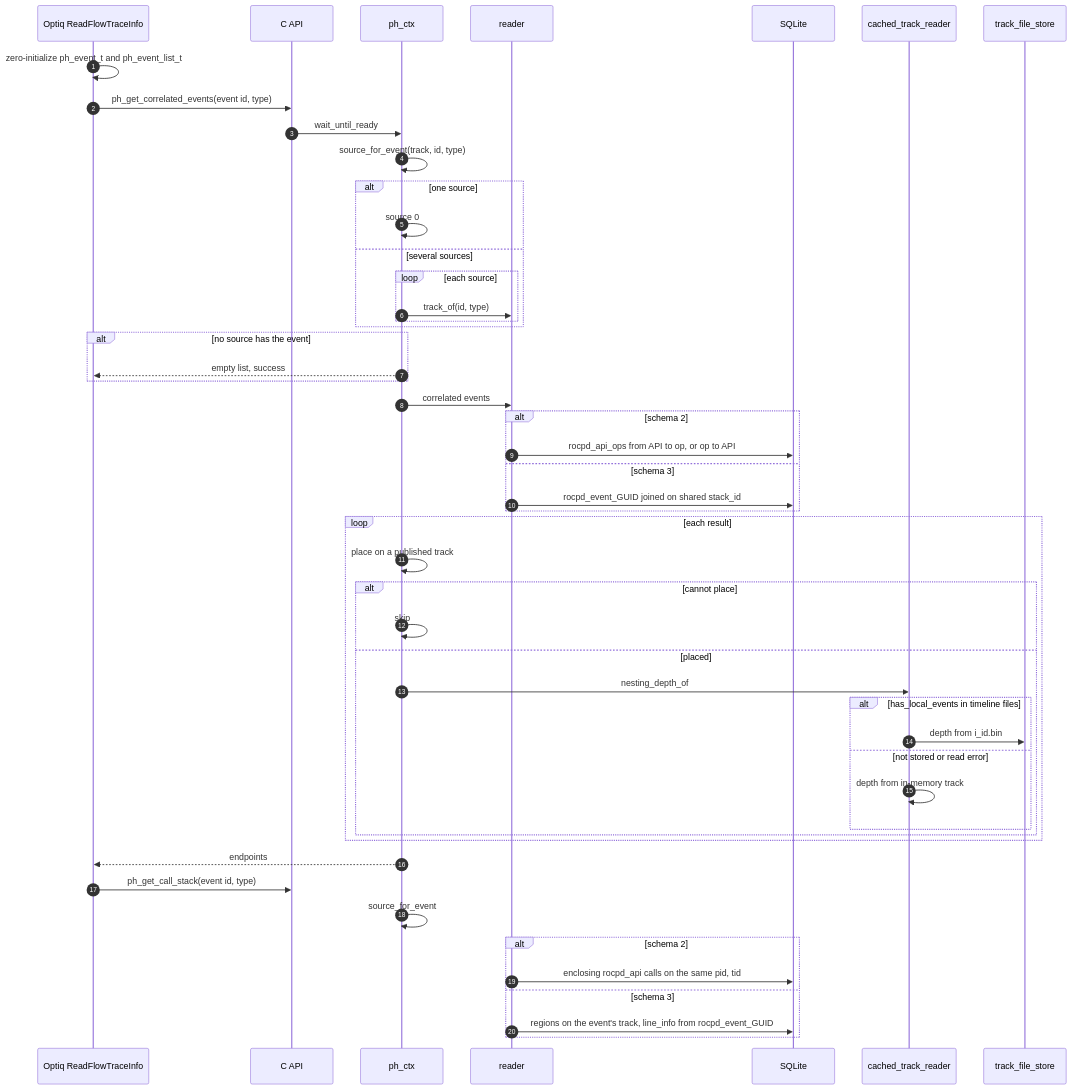
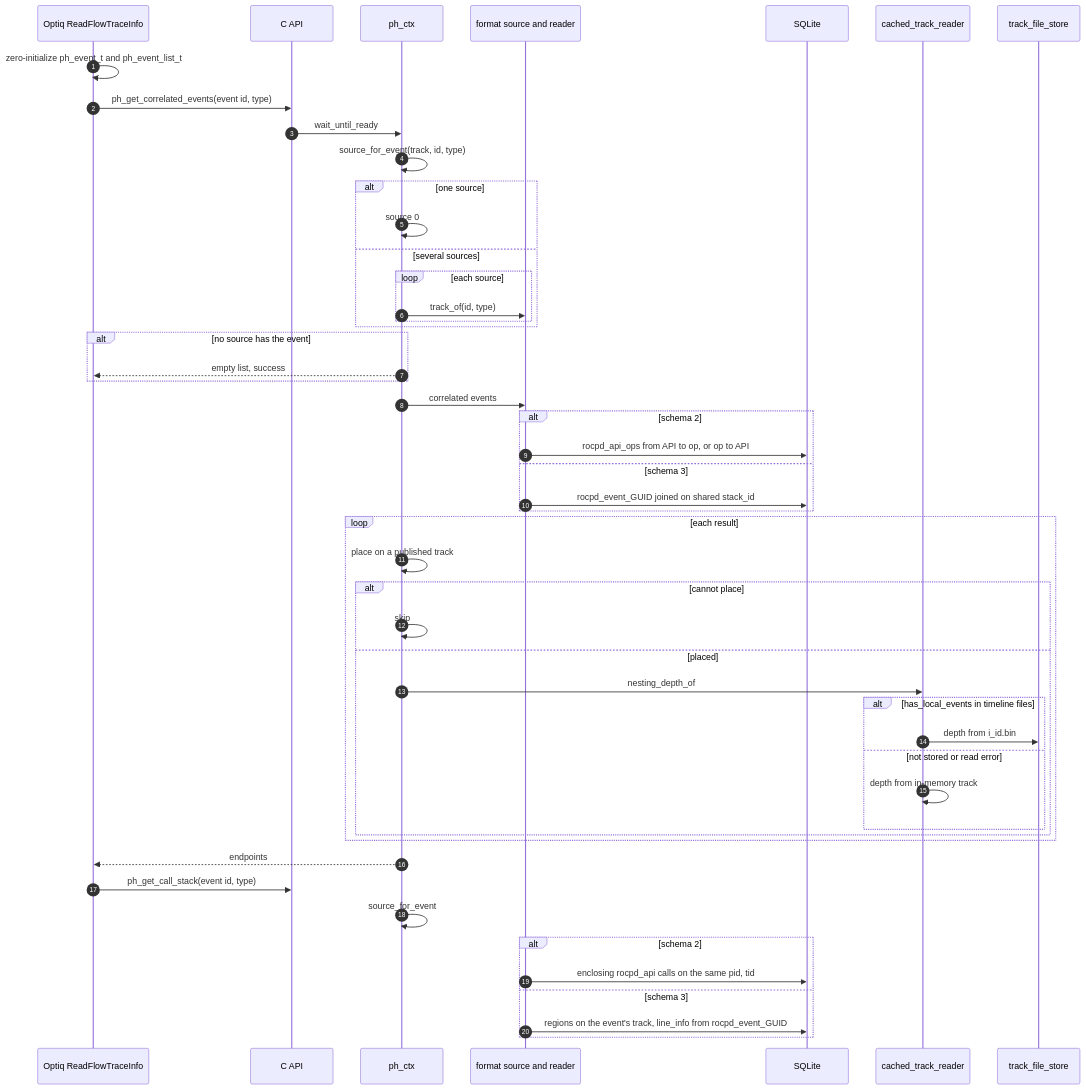
One commit to ROCm/rocm-systems changed the fourth of 8 diagrams in profilers/profiler-hub/docs/optiq-integration/reader-execution-flow.md. Above: the diagram before and after it, drawn with Mermaid. The commit also changed other lines of this file and 4 other files, not shown here.

````diff
--- a/profilers/profiler-hub/docs/optiq-integration/reader-execution-flow.md
+++ b/profilers/profiler-hub/docs/optiq-integration/reader-execution-flow.md
@@ -268,54 +274,54 @@
 ```mermaid
 sequenceDiagram
   autonumber
   participant O as Optiq ReadFlowTraceInfo
   participant C as C API
   participant X as ph_ctx
-  participant RD as reader
+  participant RD as format source and reader
   participant S as SQLite
   participant CT as cached_track_reader
   participant TF as track_file_store
 
   O->>O: zero-initialize ph_event_t and ph_event_list_t
   O->>C: ph_get_correlated_events(event id, type)
   C->>X: wait_until_ready
   X->>X: source_for_event(track, id, type)
   alt one source
     X->>X: source 0
   else several sources
     loop each source
       X->>RD: track_of(id, type)
     end
   end
   alt no source has the event
     X-->>O: empty list, success
   end
   X->>RD: correlated events
   alt schema 2
     RD->>S: rocpd_api_ops from API to op, or op to API
   else schema 3
     RD->>S: rocpd_event_GUID joined on shared stack_id
   end
   loop each result
     X->>X: place on a published track
     alt cannot place
       X->>X: skip
     else placed
       X->>CT: nesting_depth_of
       alt has_local_events in timeline files
         CT->>TF: depth from i_id.bin
       else not stored or read error
         CT->>CT: depth from in-memory track
       end
     end
   end
   X-->>O: endpoints
 
   O->>C: ph_get_call_stack(event id, type)
   X->>X: source_for_event
   alt schema 2
     RD->>S: enclosing rocpd_api calls on the same pid, tid
   else schema 3
     RD->>S: regions on the event's track, line_info from rocpd_event_GUID
   end
 ```
````
